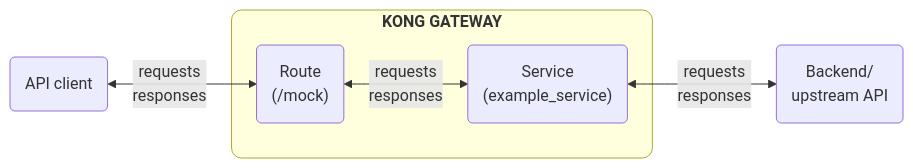
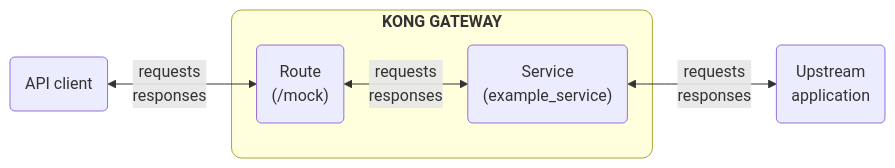
The diagram in app/_src/gateway/get-started/services-and-routes.md (Kong/docs.konghq.com), drawn with Mermaid before and after one commit. The commit also changed 1 other file, not shown here.

Commit message:
apply reviewer feedback

```diff
--- a/app/_src/gateway/get-started/services-and-routes.md
+++ b/app/_src/gateway/get-started/services-and-routes.md
@@ -20,23 +20,23 @@
 {% mermaid %}
 flowchart LR
   A(API client)
   B("`Route 
   (/mock)`")
   C("`Service
   (example_service)`")
-  D(Backend/
-  upstream API)
+  D(Upstream 
+  application)
   
   A <--requests
   responses--> B
   subgraph id1 ["`
   **KONG GATEWAY**`"]
     B <--requests
     responses--> C
   end
   C <--requests
   responses--> D
 
   style id1 rx:10,ry:10
   
 {% endmermaid %}
```
